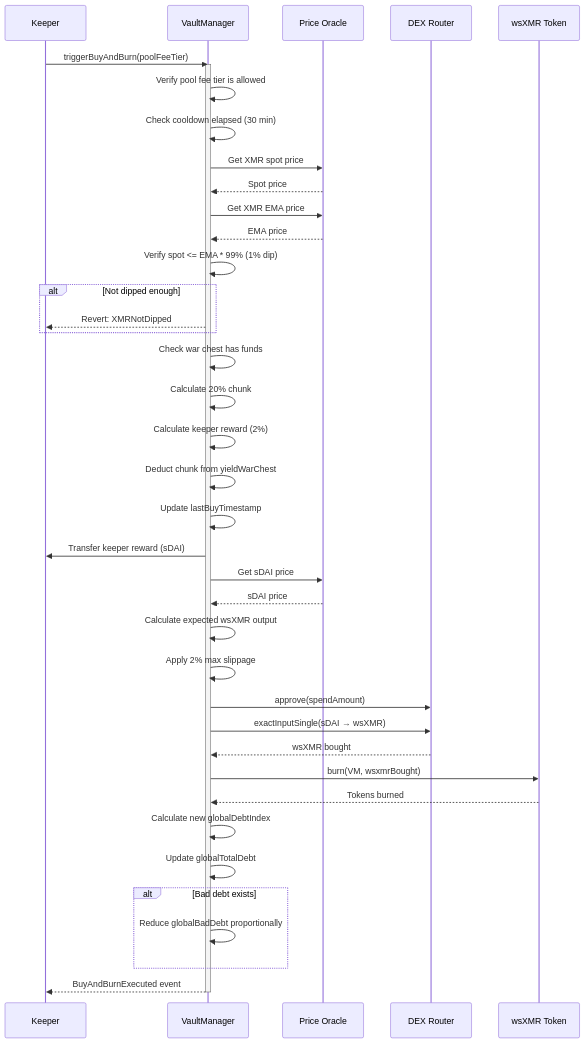
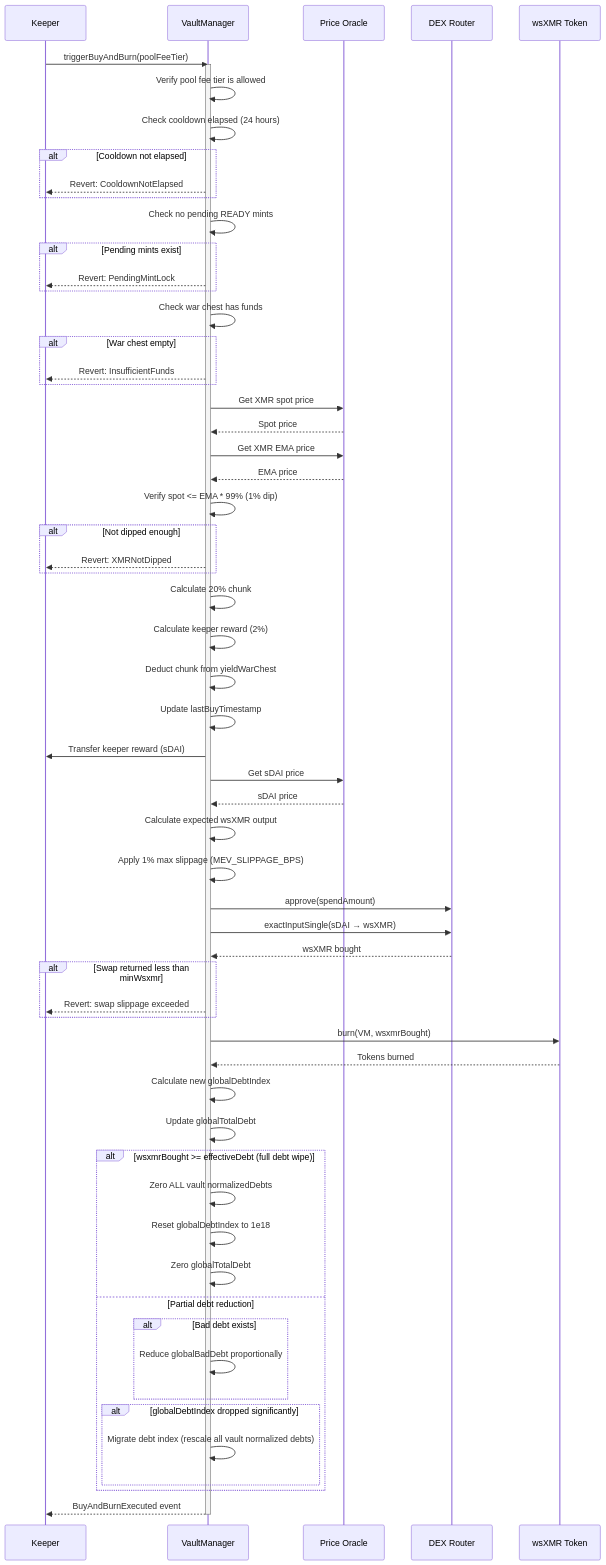
One commit to madschristensen99/wrapsynth changed diagram 15 of 19 in docs/sequenceDiagrams.md. Above: the diagram before and after it, drawn with Mermaid. The commit also changed other lines of this file and 32 other files, not shown here.

````diff
--- a/docs/sequenceDiagrams.md
+++ b/docs/sequenceDiagrams.md
@@ -583,55 +787,79 @@
 ```mermaid
 sequenceDiagram
     participant Keeper
     participant VM as VaultManager
     participant Oracle as Price Oracle
     participant DEX as DEX Router
     participant Token as wsXMR Token
 
     Keeper->>VM: triggerBuyAndBurn(poolFeeTier)
     activate VM
     
     VM->>VM: Verify pool fee tier is allowed
-    VM->>VM: Check cooldown elapsed (30 min)
+    VM->>VM: Check cooldown elapsed (24 hours)
+    alt Cooldown not elapsed
+        VM-->>Keeper: Revert: CooldownNotElapsed
+    end
+    
+    VM->>VM: Check no pending READY mints
+    alt Pending mints exist
+        VM-->>Keeper: Revert: PendingMintLock
+    end
+    
+    VM->>VM: Check war chest has funds
+    alt War chest empty
+        VM-->>Keeper: Revert: InsufficientFunds
+    end
     
     VM->>Oracle: Get XMR spot price
     Oracle-->>VM: Spot price
     VM->>Oracle: Get XMR EMA price
     Oracle-->>VM: EMA price
     
     VM->>VM: Verify spot <= EMA * 99% (1% dip)
     alt Not dipped enough
         VM-->>Keeper: Revert: XMRNotDipped
     end
     
-    VM->>VM: Check war chest has funds
     VM->>VM: Calculate 20% chunk
     VM->>VM: Calculate keeper reward (2%)
     
     VM->>VM: Deduct chunk from yieldWarChest
     VM->>VM: Update lastBuyTimestamp
     
     VM->>Keeper: Transfer keeper reward (sDAI)
     
     VM->>Oracle: Get sDAI price
     Oracle-->>VM: sDAI price
     VM->>VM: Calculate expected wsXMR output
-    VM->>VM: Apply 2% max slippage
+    VM->>VM: Apply 1% max slippage (MEV_SLIPPAGE_BPS)
     
     VM->>DEX: approve(spendAmount)
     VM->>DEX: exactInputSingle(sDAI → wsXMR)
     DEX-->>VM: wsXMR bought
+    alt Swap returned less than minWsxmr
+        VM-->>Keeper: Revert: swap slippage exceeded
+    end
     
     VM->>Token: burn(VM, wsxmrBought)
     Token-->>VM: Tokens burned
     
     VM->>VM: Calculate new globalDebtIndex
     VM->>VM: Update globalTotalDebt
     
-    alt Bad debt exists
-        VM->>VM: Reduce globalBadDebt proportionally
+    alt wsxmrBought >= effectiveDebt (full debt wipe)
+        VM->>VM: Zero ALL vault normalizedDebts
+        VM->>VM: Reset globalDebtIndex to 1e18
+        VM->>VM: Zero globalTotalDebt
+    else Partial debt reduction
+        alt Bad debt exists
+            VM->>VM: Reduce globalBadDebt proportionally
+        end
+        alt globalDebtIndex dropped significantly
+            VM->>VM: Migrate debt index (rescale all vault normalized debts)
+        end
     end
     
     VM-->>Keeper: BuyAndBurnExecuted event
     deactivate VM
 ```
````
